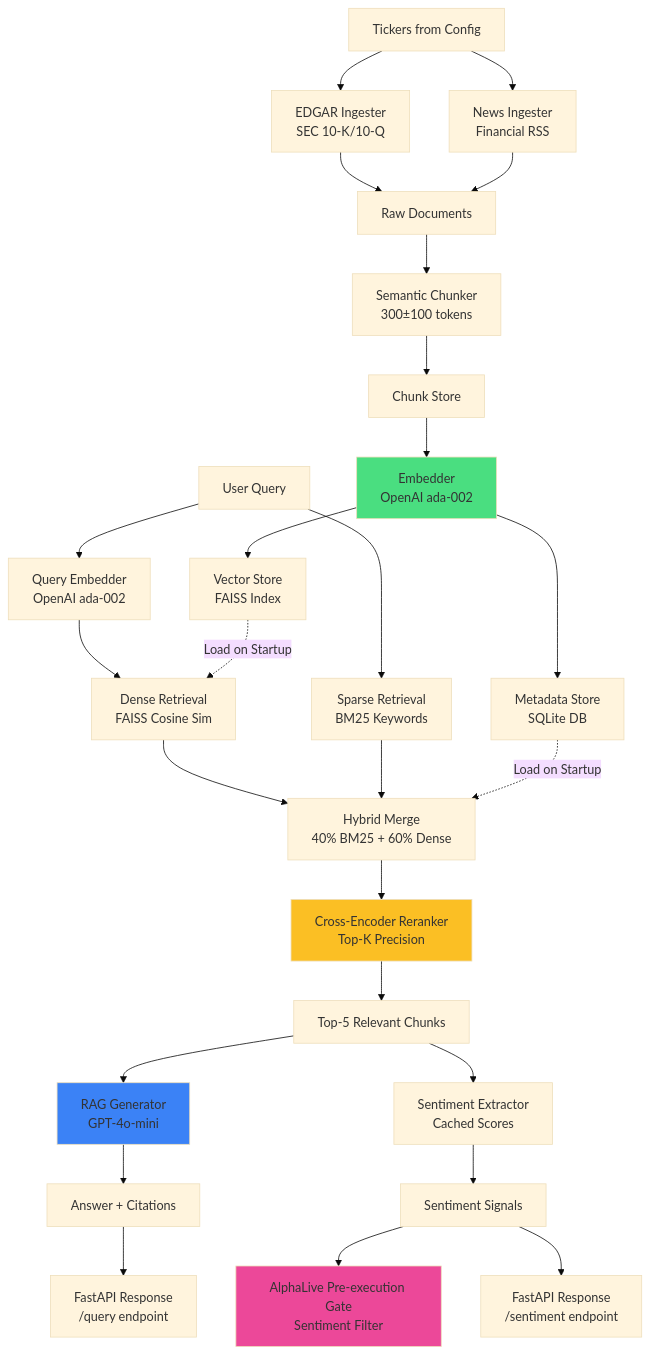
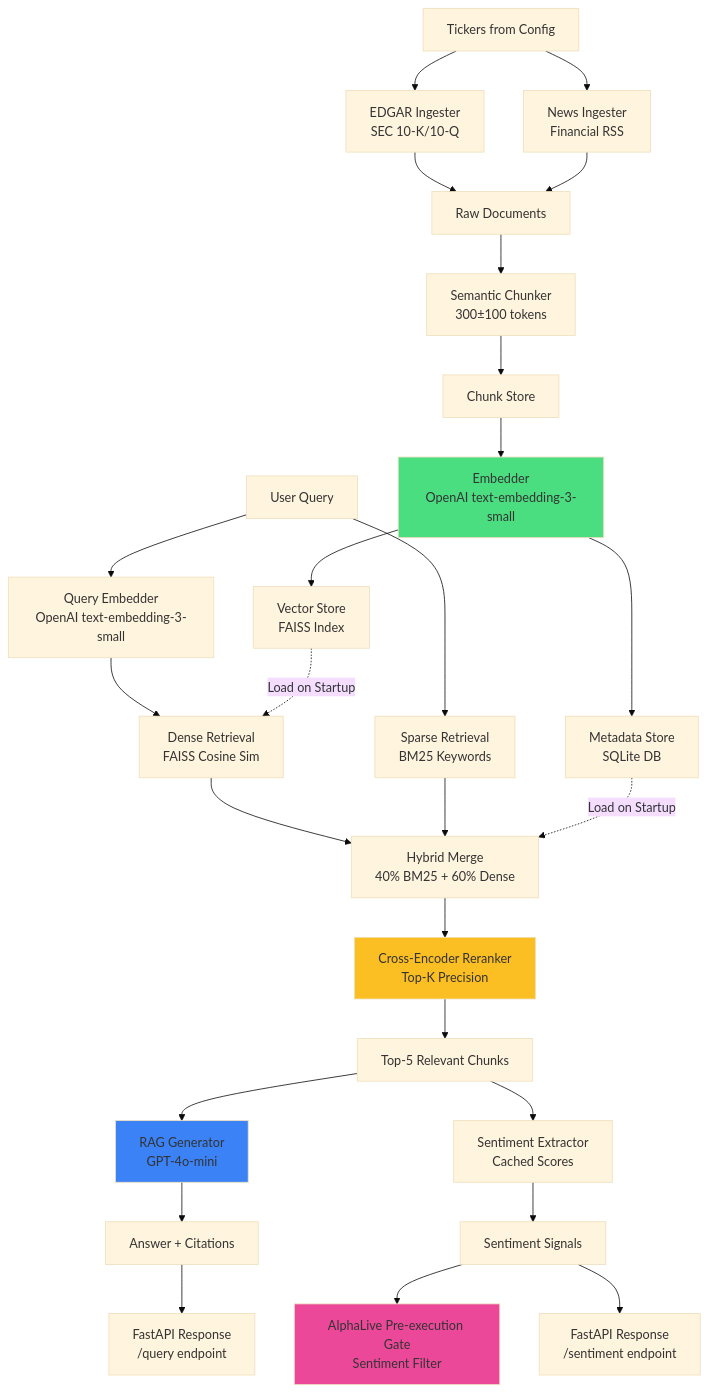
One commit to bernardoguterres/AlphaSignal changed the diagram in README.md. Above: the diagram before and after it, drawn with Mermaid (base theme). The commit also changed other lines of this file and 11 other files, not shown here.

Commit message:
feat: API-key auth, unblock the event loop, swap to text-embedding-3-small

````diff
--- a/README.md
+++ b/README.md
@@ -7,35 +7,35 @@
 ```mermaid
 flowchart TD
     A[Tickers from Config] --> B[EDGAR Ingester<br/>SEC 10-K/10-Q]
     A --> C[News Ingester<br/>Financial RSS]
     B --> D[Raw Documents]
     C --> D
     D --> E[Semantic Chunker<br/>300±100 tokens]
     E --> F[Chunk Store]
-    F --> G[Embedder<br/>OpenAI ada-002]
+    F --> G[Embedder<br/>OpenAI text-embedding-3-small]
     G --> H[Vector Store<br/>FAISS Index]
     G --> I[Metadata Store<br/>SQLite DB]
     
-    J[User Query] --> K[Query Embedder<br/>OpenAI ada-002]
+    J[User Query] --> K[Query Embedder<br/>OpenAI text-embedding-3-small]
     K --> L[Dense Retrieval<br/>FAISS Cosine Sim]
     J --> M[Sparse Retrieval<br/>BM25 Keywords]
     L --> N[Hybrid Merge<br/>40% BM25 + 60% Dense]
     M --> N
     N --> O[Cross-Encoder Reranker<br/>Top-K Precision]
     O --> P[Top-5 Relevant Chunks]
     P --> Q[RAG Generator<br/>GPT-4o-mini]
     P --> R[Sentiment Extractor<br/>Cached Scores]
     Q --> S[Answer + Citations]
     R --> T[Sentiment Signals]
     T --> U[AlphaLive Pre-execution Gate<br/>Sentiment Filter]
     S --> V[FastAPI Response<br/>/query endpoint]
     T --> W[FastAPI Response<br/>/sentiment endpoint]
     
     H -.->|Load on Startup| L
     I -.->|Load on Startup| N
     
     style G fill:#4ade80
     style O fill:#fbbf24
     style Q fill:#3b82f6
     style U fill:#ec4899
 ```
````
